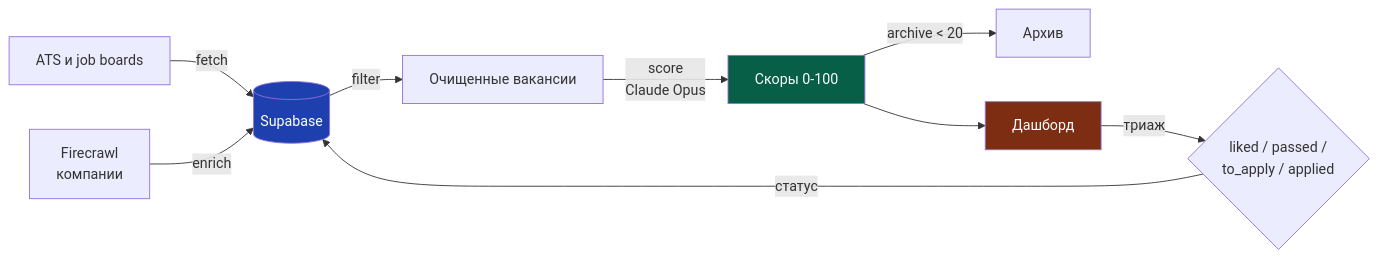
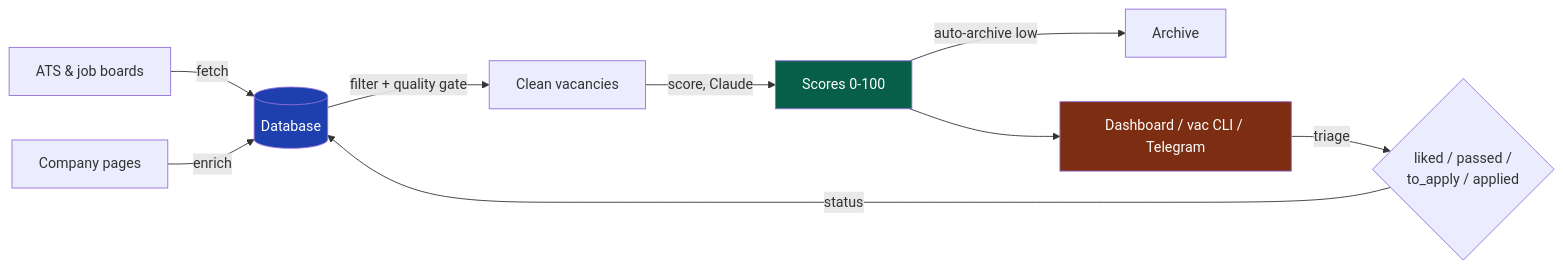
One commit to ncalavera/llm-job-pipeline changed the diagram in README.md. Above: the diagram before and after it, drawn with Mermaid. The commit also changed other lines of this file and 4 other files, not shown here.

````diff
--- a/README.md
+++ b/README.md
@@ -30,15 +51,15 @@
 ```mermaid
 flowchart LR
-    A[ATS и job boards] -->|fetch| B[(Supabase)]
-    A2[Firecrawl<br/>компании] -->|enrich| B
-    B -->|filter| C[Очищенные вакансии]
-    C -->|score<br/>Claude Opus| D[Скоры 0-100]
-    D -->|archive < 20| E[Архив]
-    D --> F[Дашборд]
-    F -->|триаж| G{liked / passed /<br/>to_apply / applied}
-    G -->|статус| B
+    A[ATS & job boards] -->|fetch| B[(Database)]
+    A2[Company pages] -->|enrich| B
+    B -->|filter + quality gate| C[Clean vacancies]
+    C -->|score, Claude| D[Scores 0-100]
+    D -->|auto-archive low| E[Archive]
+    D --> F[Dashboard / vac CLI / Telegram]
+    F -->|triage| G{liked / passed /<br/>to_apply / applied}
+    G -->|status| B
 
     style B fill:#1E40AF,color:#fff
     style D fill:#065F46,color:#fff
     style F fill:#7C2D12,color:#fff
 ```
````
